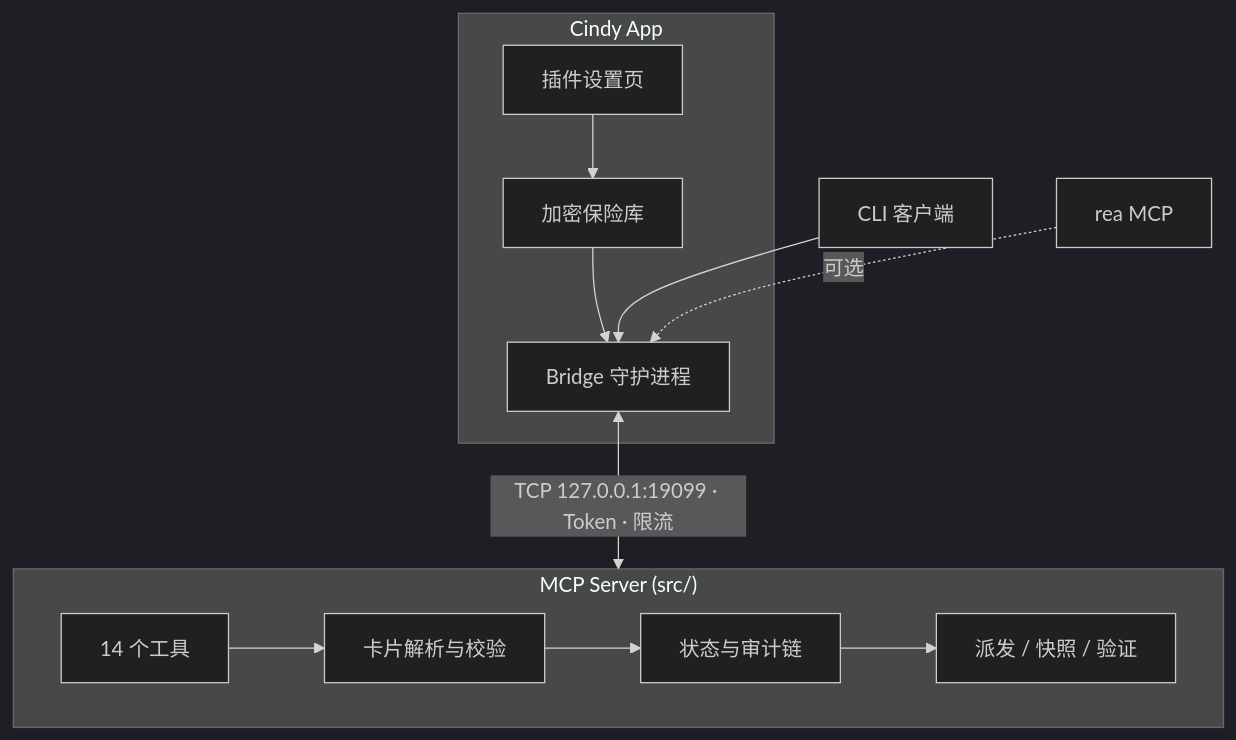
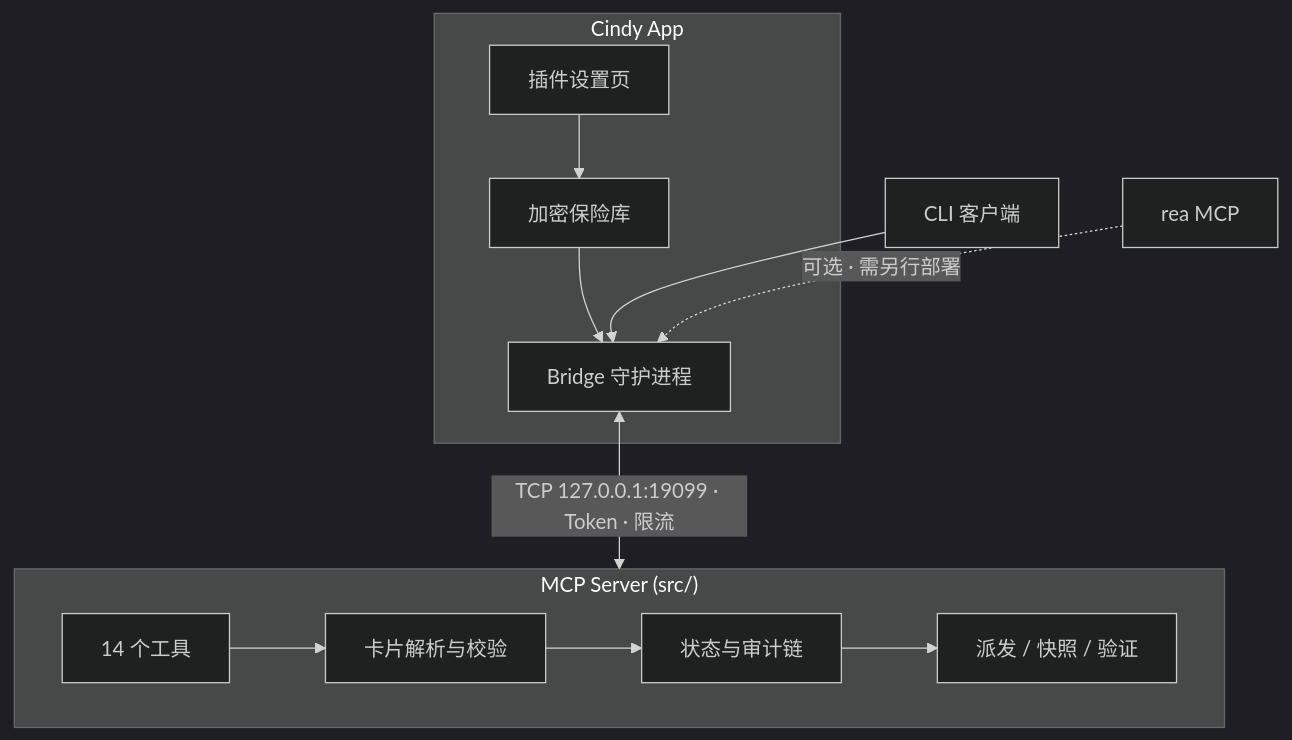
The second of 2 diagrams in README.md (skyer-now/carlos-flow), drawn with Mermaid (dark theme) before and after one commit. The commit also changed other lines of this file and 10 other files, not shown here.

````diff
--- a/README.md
+++ b/README.md
@@ -168,15 +168,15 @@
 ```mermaid
 flowchart TB
     subgraph Cindy["Cindy App"]
         UI[插件设置页] --> ENV[加密保险库]
         ENV --> BR[Bridge 守护进程]
     end
     subgraph Server["MCP Server (src/)"]
         T[14 个工具] --> C[卡片解析与校验]
         C --> S[状态与审计链]
         S --> D[派发 / 快照 / 验证]
     end
     BR <-- "TCP 127.0.0.1:19099 · Token · 限流" --> Server
     CLI[CLI 客户端] --> BR
-    REA[rea MCP] -. 可选 .-> BR
+    REA[rea MCP] -. 可选 · 需另行部署 .-> BR
 ```
````
